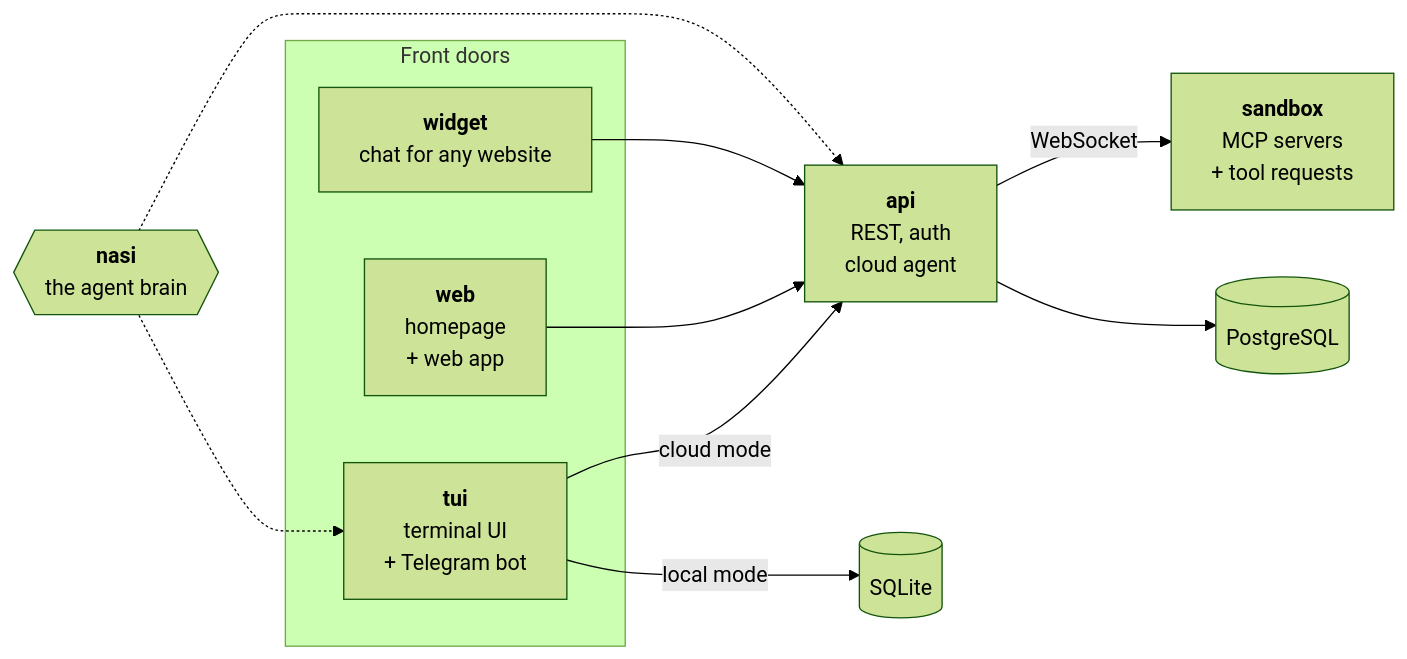
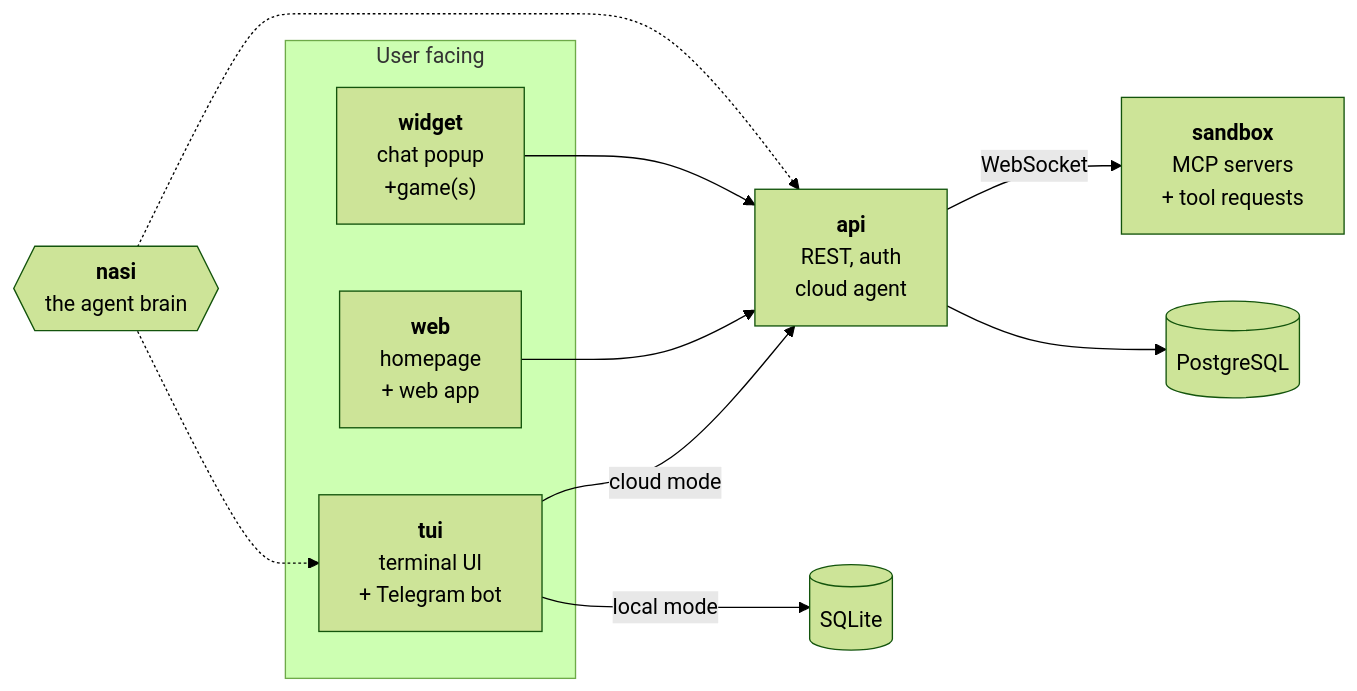
Before and after one commit to SubZtep/kaja: the diagram in README.md, drawn with Mermaid (forest theme). The commit also changed other lines of this file and 86 other files, not shown here.

````diff
--- a/README.md
+++ b/README.md
@@ -20,23 +18,23 @@
 ```mermaid
 flowchart LR
-    subgraph doors["Front doors"]
+    subgraph doors["User facing"]
         TUI["<b>tui</b><br>terminal UI<br>+ Telegram bot"]
         WEB["<b>web</b><br>homepage<br>+ web app"]
-        WID["<b>widget</b><br>chat for any website"]
+        WID["<b>widget</b><br>chat popup<br>+game(s)"]
     end
 
     API["<b>api</b><br>REST, auth<br>cloud agent"]
     SBX["<b>sandbox</b><br>MCP servers<br>+ tool requests"]
     PG[("PostgreSQL")]
     LITE[("SQLite")]
     NASI{{"<b>nasi</b><br>the agent brain"}}
 
     TUI -->|cloud mode| API
     WEB --> API
     WID --> API
     API -->|WebSocket| SBX
     API --> PG
     TUI -->|local mode| LITE
     NASI -.-> TUI
     NASI -.-> API
 ```
````
